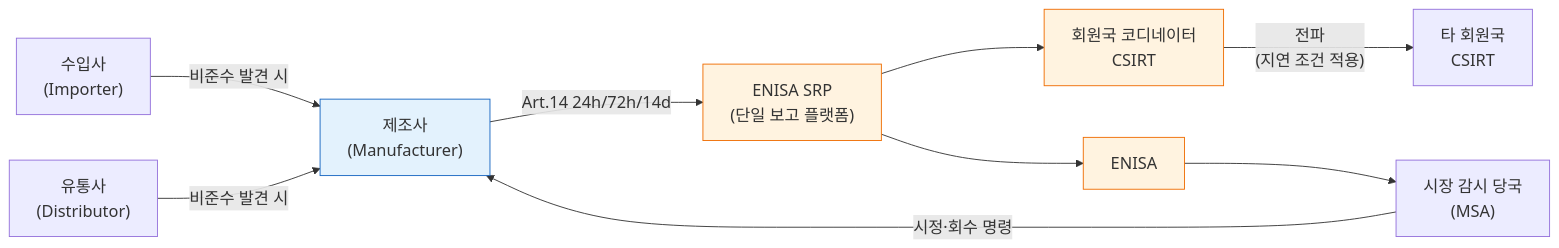
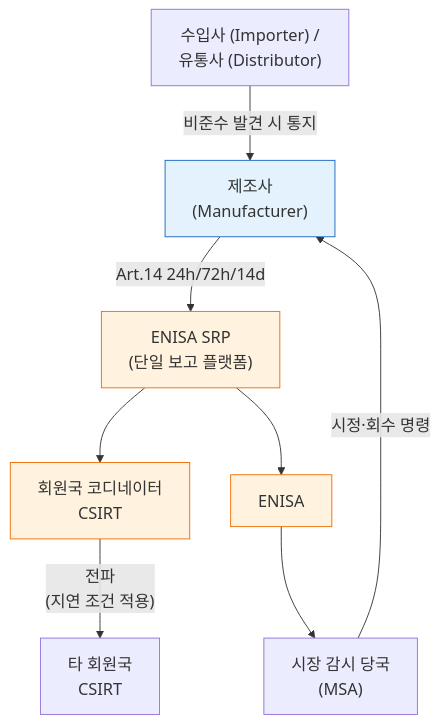
The fourth of 4 diagrams in content/en/research/2026-eu-cra-vulnerability-reporting/_index.md (haksungjang/haksungjang.github.io), drawn with Mermaid before and after one commit. The commit also changed other lines of this file, not shown here.

````diff
--- a/content/en/research/2026-eu-cra-vulnerability-reporting/_index.md
+++ b/content/en/research/2026-eu-cra-vulnerability-reporting/_index.md
@@ -178,26 +184,24 @@
 ```mermaid
-%%{init: {'theme':'default', 'themeVariables': {'fontSize':'18px'}, 'flowchart': {'nodeSpacing': 50, 'rankSpacing': 70}} }%%
-flowchart LR
+%%{init: {'theme':'default', 'themeVariables': {'fontSize':'18px'}, 'flowchart': {'nodeSpacing': 45, 'rankSpacing': 55}} }%%
+flowchart TD
+    ID["수입사 (Importer) /<br/>유통사 (Distributor)"]
     M["제조사<br/>(Manufacturer)"]
-    I["수입사<br/>(Importer)"]
-    D["유통사<br/>(Distributor)"]
     SRP["ENISA SRP<br/>(단일 보고 플랫폼)"]
     CSIRT["회원국 코디네이터<br/>CSIRT"]
     ENISA["ENISA"]
     OTHER_CSIRT["타 회원국<br/>CSIRT"]
     MSA["시장 감시 당국<br/>(MSA)"]
 
+    ID -->|"비준수 발견 시 통지"| M
     M -->|"Art.14 24h/72h/14d"| SRP
-    I -->|"비준수 발견 시"| M
-    D -->|"비준수 발견 시"| M
     SRP --> CSIRT
     SRP --> ENISA
     CSIRT -->|"전파<br/>(지연 조건 적용)"| OTHER_CSIRT
     ENISA --> MSA
     MSA -->|"시정·회수 명령"| M
 
     style M fill:#e3f2fd,stroke:#1565c0
     style SRP fill:#fff3e0,stroke:#ef6c00
     style ENISA fill:#fff3e0,stroke:#ef6c00
     style CSIRT fill:#fff3e0,stroke:#ef6c00
 ```
````
